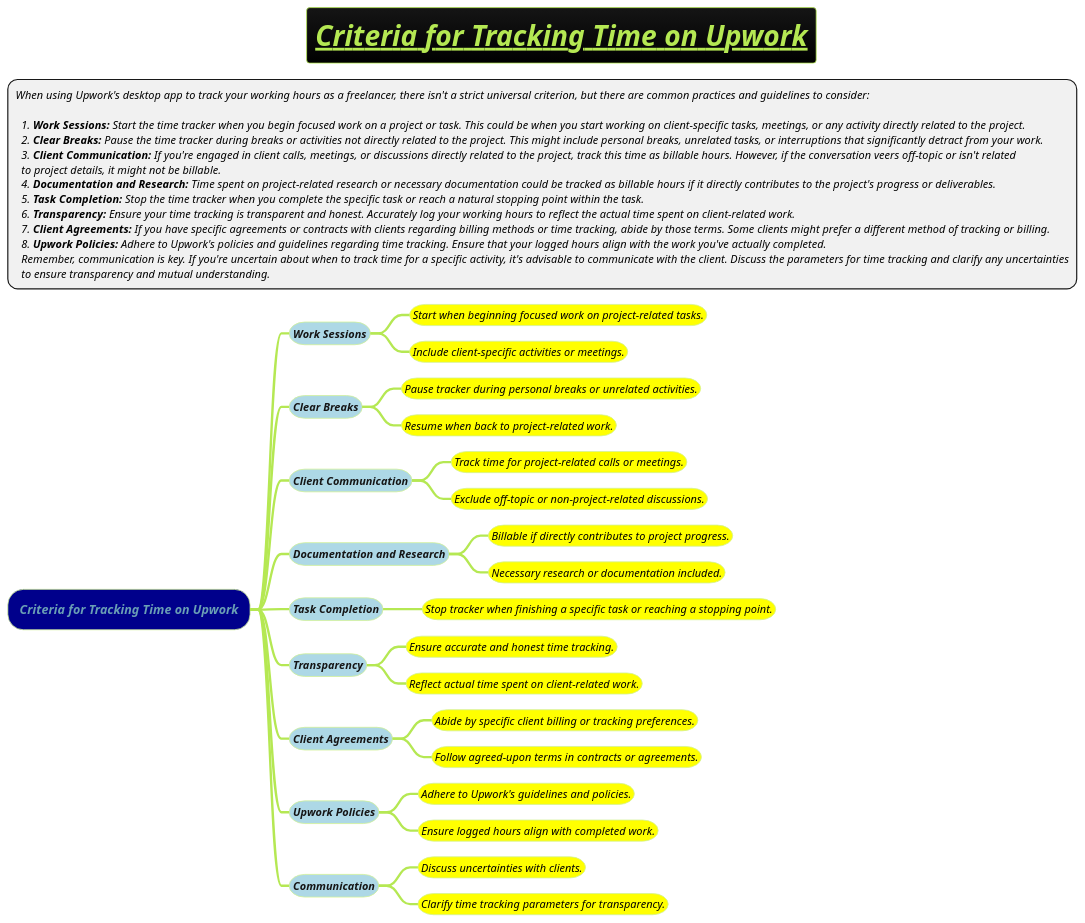
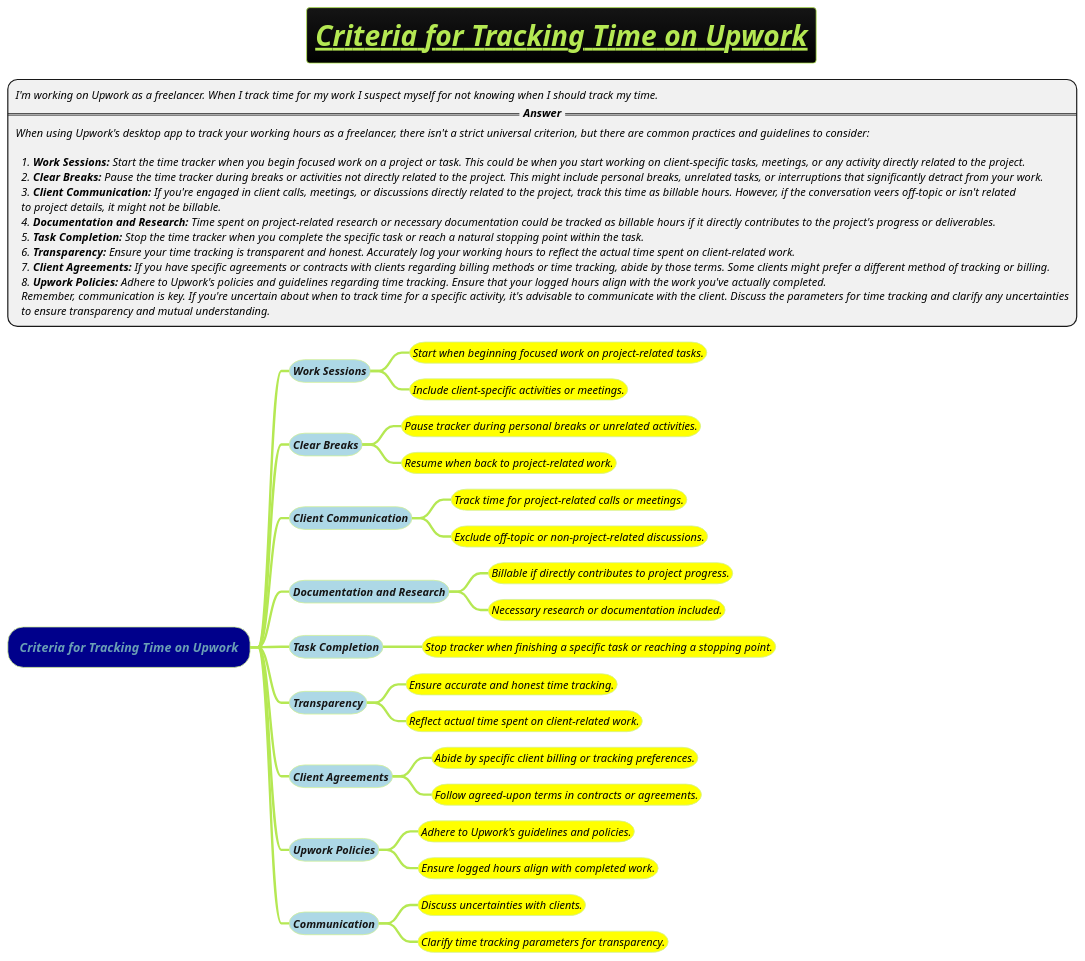
The diagram in docs/1-business-analyst/client-management/Criteria-for-Tracking-Time-on-Upwork.puml (MehmoodHashmi/Documentation-as-Code-DaC), drawn with PlantUML before and after one commit.

```diff
--- a/docs/1-business-analyst/client-management/Criteria-for-Tracking-Time-on-Upwork.puml
+++ b/docs/1-business-analyst/client-management/Criteria-for-Tracking-Time-on-Upwork.puml
@@ -1,46 +1,48 @@
 @startmindmap
 title =<i><b><u>Criteria for Tracking Time on Upwork
-*:<i><size:14>When using Upwork's desktop app to track your working hours as a freelancer, there isn't a strict universal criterion, but there are common practices and guidelines to consider:
+*:<i><size:14>I'm working on Upwork as a freelancer. When I track time for my work I suspect myself for not knowing when I should track my time.
+==<i><size:14><b>Answer==
+<i><size:14>When using Upwork's desktop app to track your working hours as a freelancer, there isn't a strict universal criterion, but there are common practices and guidelines to consider:
 
 <i><size:14>  1. **Work Sessions:** Start the time tracker when you begin focused work on a project or task. This could be when you start working on client-specific tasks, meetings, or any activity directly related to the project.
 <i><size:14>  2. **Clear Breaks:** Pause the time tracker during breaks or activities not directly related to the project. This might include personal breaks, unrelated tasks, or interruptions that significantly detract from your work.
 <i><size:14>  3. **Client Communication:** If you're engaged in client calls, meetings, or discussions directly related to the project, track this time as billable hours. However, if the conversation veers off-topic or isn't related
 <i><size:14>  to project details, it might not be billable.
 <i><size:14>  4. **Documentation and Research:** Time spent on project-related research or necessary documentation could be tracked as billable hours if it directly contributes to the project's progress or deliverables.
 <i><size:14>  5. **Task Completion:** Stop the time tracker when you complete the specific task or reach a natural stopping point within the task.
 <i><size:14>  6. **Transparency:** Ensure your time tracking is transparent and honest. Accurately log your working hours to reflect the actual time spent on client-related work.
 <i><size:14>  7. **Client Agreements:** If you have specific agreements or contracts with clients regarding billing methods or time tracking, abide by those terms. Some clients might prefer a different method of tracking or billing.
 <i><size:14>  8. **Upwork Policies:** Adhere to Upwork's policies and guidelines regarding time tracking. Ensure that your logged hours align with the work you've actually completed.
 <i><size:14>  Remember, communication is key. If you're uncertain about when to track time for a specific activity, it's advisable to communicate with the client. Discuss the parameters for time tracking and clarify any uncertainties
 <i><size:14>  to ensure transparency and mutual understanding.;
 !theme hacker
 
 
 *[#darkblue] <i>Criteria for Tracking Time on Upwork
 **[#lightblue] <i><color #blac><size:14>Work Sessions
 ***[#yellow] <i><color #black><size:14>Start when beginning focused work on project-related tasks.
 ***[#yellow] <i><color #black><size:14>Include client-specific activities or meetings.
 **[#lightblue] <i><color #blac><size:14>Clear Breaks
 ***[#yellow] <i><color #black><size:14>Pause tracker during personal breaks or unrelated activities.
 ***[#yellow] <i><color #black><size:14>Resume when back to project-related work.
 **[#lightblue] <i><color #blac><size:14>Client Communication
 ***[#yellow] <i><color #black><size:14>Track time for project-related calls or meetings.
 ***[#yellow] <i><color #black><size:14>Exclude off-topic or non-project-related discussions.
 **[#lightblue] <i><color #blac><size:14>Documentation and Research
 ***[#yellow] <i><color #black><size:14>Billable if directly contributes to project progress.
 ***[#yellow] <i><color #black><size:14>Necessary research or documentation included.
 **[#lightblue] <i><color #blac><size:14>Task Completion
 ***[#yellow] <i><color #black><size:14>Stop tracker when finishing a specific task or reaching a stopping point.
 **[#lightblue] <i><color #blac><size:14>Transparency
 ***[#yellow] <i><color #black><size:14>Ensure accurate and honest time tracking.
 ***[#yellow] <i><color #black><size:14>Reflect actual time spent on client-related work.
 **[#lightblue] <i><color #blac><size:14>Client Agreements
 ***[#yellow] <i><color #black><size:14>Abide by specific client billing or tracking preferences.
 ***[#yellow] <i><color #black><size:14>Follow agreed-upon terms in contracts or agreements.
 **[#lightblue] <i><color #blac><size:14>Upwork Policies
 ***[#yellow] <i><color #black><size:14>Adhere to Upwork's guidelines and policies.
 ***[#yellow] <i><color #black><size:14>Ensure logged hours align with completed work.
 **[#lightblue] <i><color #blac><size:14>Communication
 ***[#yellow] <i><color #black><size:14>Discuss uncertainties with clients.
 ***[#yellow] <i><color #black><size:14>Clarify time tracking parameters for transparency.
 @endmindmap
```
